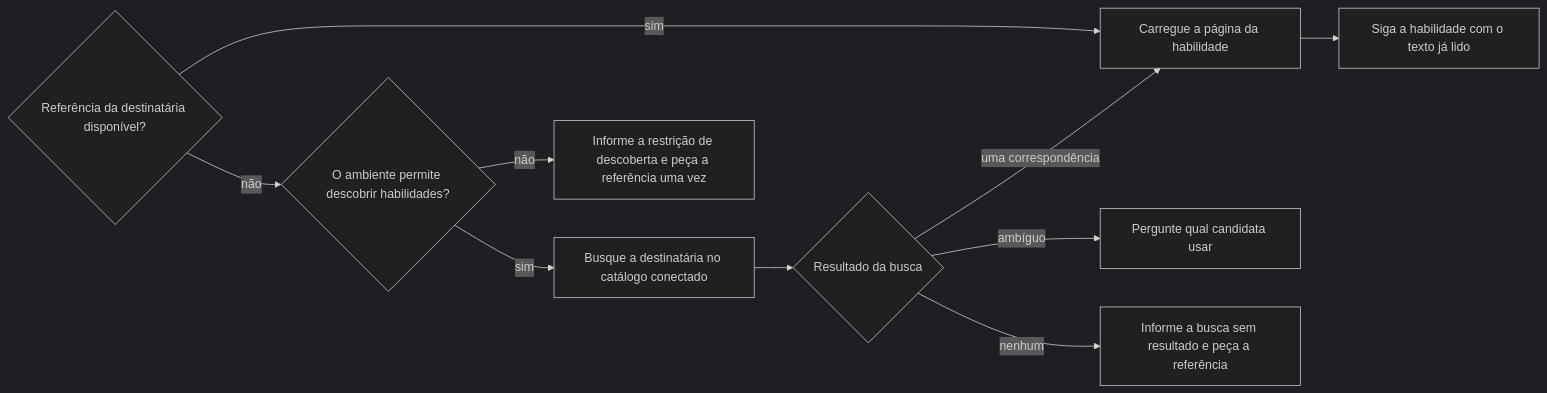
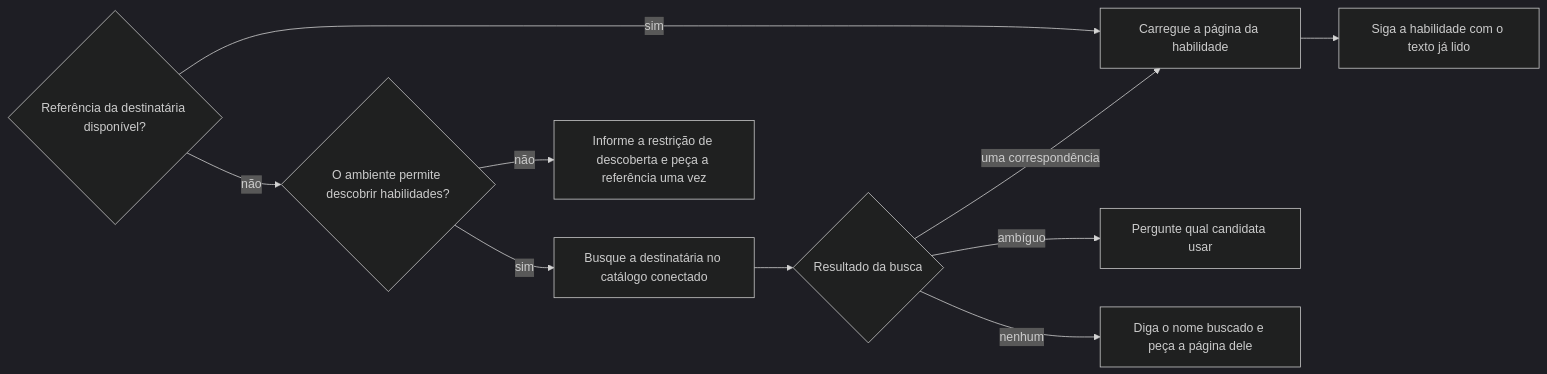
Before and after one commit to jimmyandrade/harness: the second of 2 diagrams in .agents/skills/reconhecer-imagem/SKILL.md, drawn with Mermaid (dark theme). The commit also changed other lines of this file, not shown here.

````diff
--- a/.agents/skills/reconhecer-imagem/SKILL.md
+++ b/.agents/skills/reconhecer-imagem/SKILL.md
@@ -68,12 +68,12 @@
 ```mermaid
 flowchart LR
   R{Referência da destinatária disponível?} -->|sim| P[Carregue a página da habilidade]
   R -->|não| S{O ambiente permite descobrir habilidades?}
   S -->|sim| B[Busque a destinatária no catálogo conectado]
   B --> C{Resultado da busca}
   C -->|uma correspondência| P
   C -->|ambíguo| A[Pergunte qual candidata usar]
-  C -->|nenhum| N[Informe a busca sem resultado e peça a referência]
+  C -->|nenhum| N[Diga o nome buscado e peça a página dele]
   S -->|não| L[Informe a restrição de descoberta e peça a referência uma vez]
   P --> T[Siga a habilidade com o texto já lido]
 ```
````
